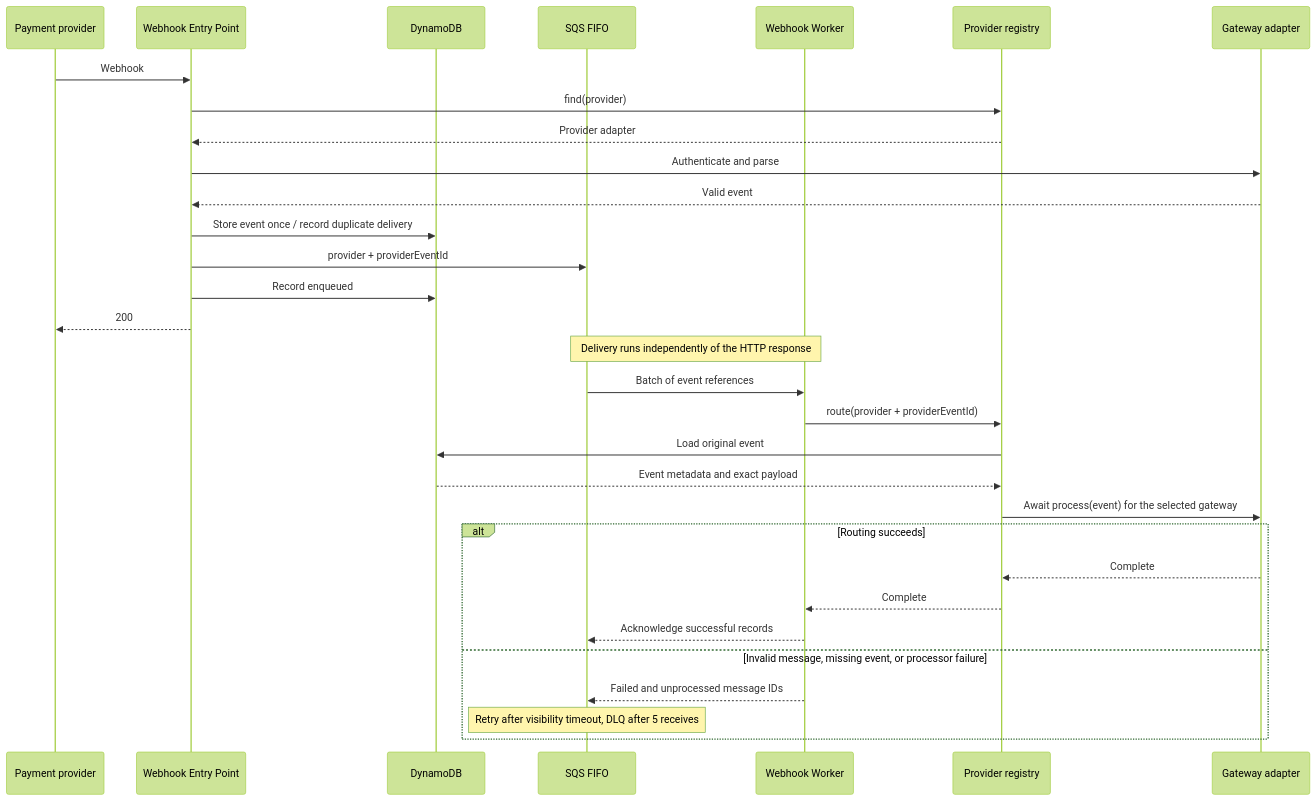
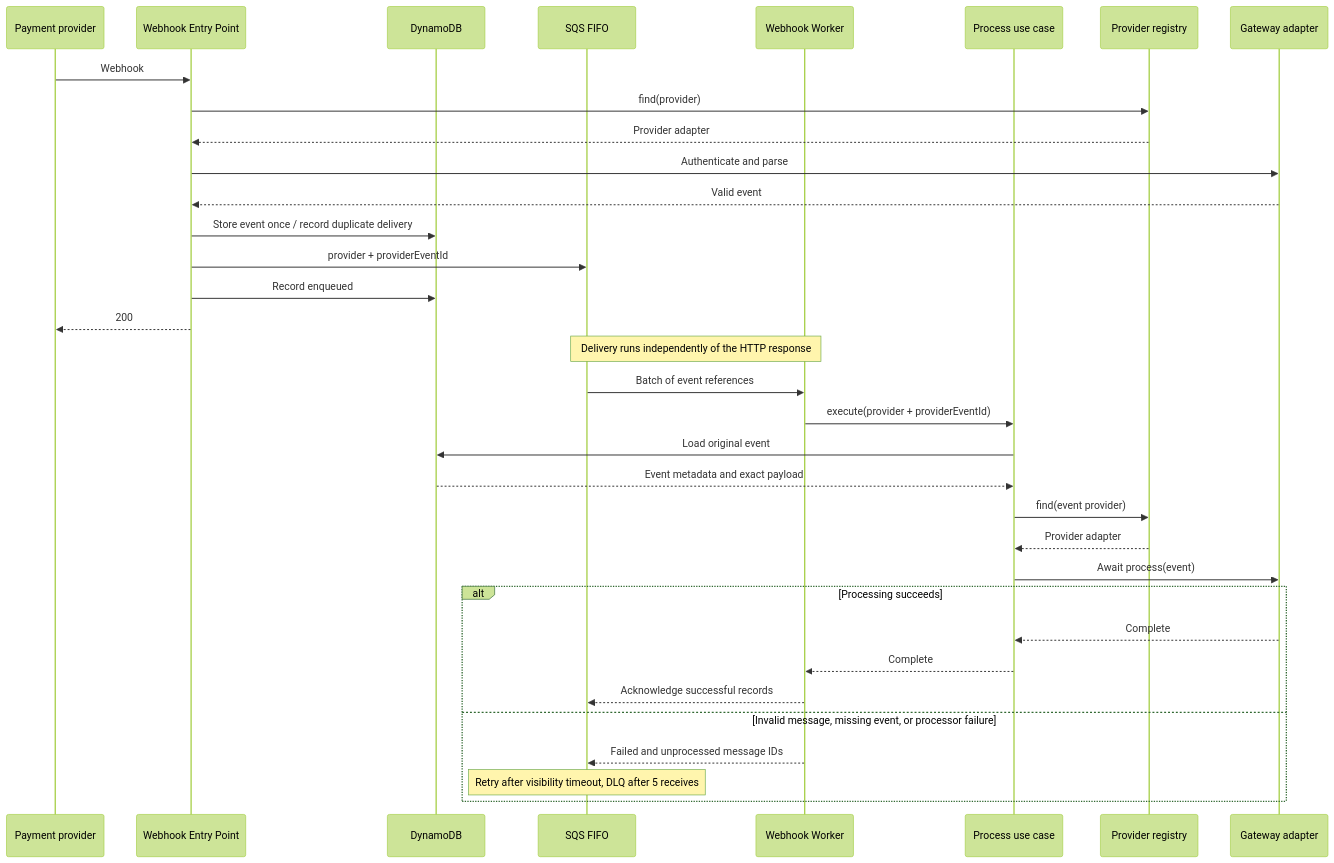
One commit to gabrielroriz/aws-resilient-payment-flow changed the diagram in docs/architecture/webhook-processing.md. Above: the diagram before and after it, drawn with Mermaid (forest theme). The commit also changed other lines of this file and 13 other files, not shown here.

First line of the commit message:
refactor: process queued webhook events through a use case

````diff
--- a/docs/architecture/webhook-processing.md
+++ b/docs/architecture/webhook-processing.md
@@ -7,33 +7,36 @@
 ```mermaid
 sequenceDiagram
     participant Provider as Payment provider
     participant Entry as Webhook Entry Point
     participant Store as DynamoDB
     participant Queue as SQS FIFO
     participant Worker as Webhook Worker
+    participant Process as Process use case
     participant Registry as Provider registry
     participant Gateway as Gateway adapter
     Provider->>Entry: Webhook
     Entry->>Registry: find(provider)
     Registry-->>Entry: Provider adapter
     Entry->>Gateway: Authenticate and parse
     Gateway-->>Entry: Valid event
     Entry->>Store: Store event once / record duplicate delivery
     Entry->>Queue: provider + providerEventId
     Entry->>Store: Record enqueued
     Entry-->>Provider: 200
     Note over Queue,Worker: Delivery runs independently of the HTTP response
     Queue->>Worker: Batch of event references
-    Worker->>Registry: route(provider + providerEventId)
-    Registry->>Store: Load original event
-    Store-->>Registry: Event metadata and exact payload
-    Registry->>Gateway: Await process(event) for the selected gateway
-    alt Routing succeeds
-        Gateway-->>Registry: Complete
-        Registry-->>Worker: Complete
+    Worker->>Process: execute(provider + providerEventId)
+    Process->>Store: Load original event
+    Store-->>Process: Event metadata and exact payload
+    Process->>Registry: find(event provider)
+    Registry-->>Process: Provider adapter
+    Process->>Gateway: Await process(event)
+    alt Processing succeeds
+        Gateway-->>Process: Complete
+        Process-->>Worker: Complete
         Worker-->>Queue: Acknowledge successful records
     else Invalid message, missing event, or processor failure
         Worker-->>Queue: Failed and unprocessed message IDs
         Note over Queue: Retry after visibility timeout, DLQ after 5 receives
     end
 ```
````
